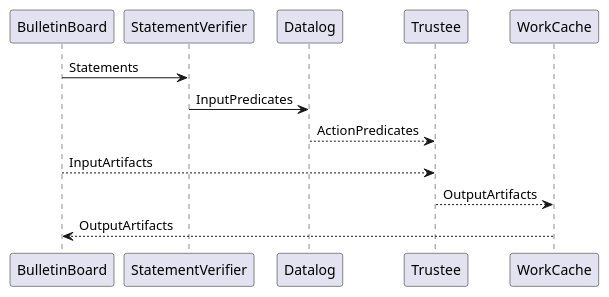
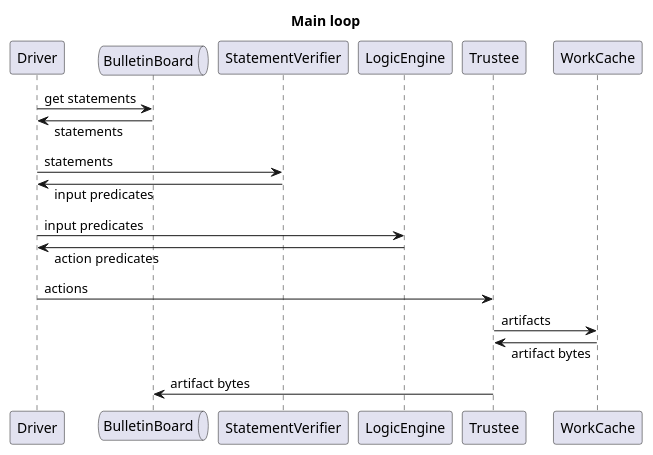
The diagram in doc/diagrams/main_sequence.puml (nvotes/rmx), drawn with PlantUML before and after one commit. The commit also changed 5 other files, not shown here.

```diff
--- a/doc/diagrams/main_sequence.puml
+++ b/doc/diagrams/main_sequence.puml
@@ -1,8 +1,16 @@
 @startuml main_loop
-BulletinBoard -> StatementVerifier: Statements
-StatementVerifier -> Datalog: InputPredicates
-Datalog --> Trustee: ActionPredicates
-BulletinBoard --> Trustee: InputArtifacts
-WorkCache <-- Trustee: OutputArtifacts
-BulletinBoard <-- WorkCache: OutputArtifacts
+title Main loop
+skinparam responseMessageBelowArrow true
+participant Driver as Driver
+queue BulletinBoard as BulletinBoard
+Driver -> BulletinBoard: get statements
+Driver <- BulletinBoard: statements
+Driver -> StatementVerifier: statements
+Driver <- StatementVerifier: input predicates
+Driver -> LogicEngine: input predicates
+Driver <- LogicEngine: action predicates
+Driver -> Trustee: actions
+Trustee -> WorkCache: artifacts
+Trustee <- WorkCache: artifact bytes
+Trustee -> BulletinBoard: artifact bytes
 @enduml
```
